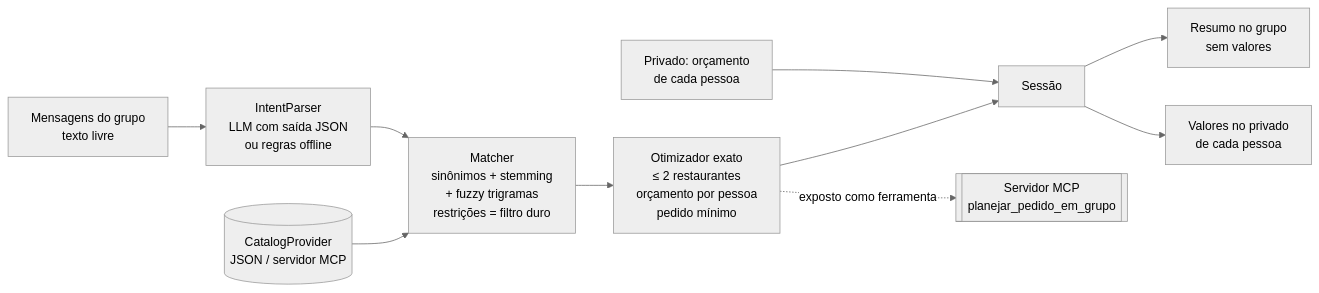
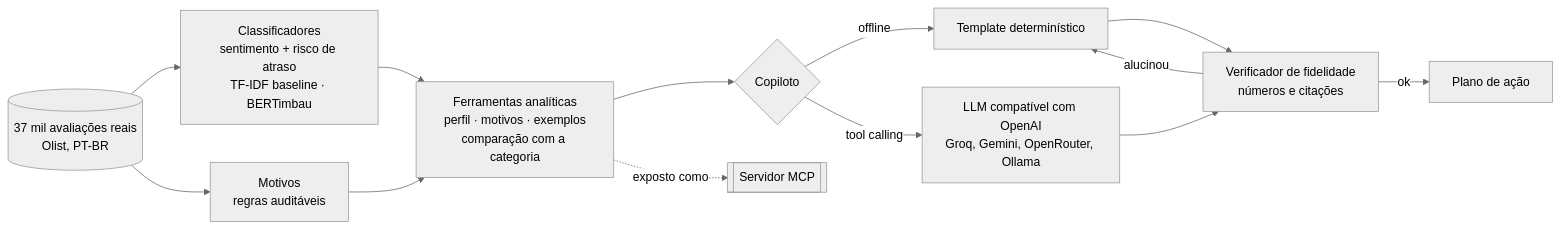
Before and after one commit to anapbatista/copiloto-parceiro: the diagram in README.md, drawn with Mermaid (neutral theme). The commit also changed other lines of this file and 2 other files, not shown here.

First line of the commit message:
Copiloto do Parceiro: README e configuração do projeto

````diff
--- a/README.md
+++ b/README.md
@@ -59,12 +41,15 @@
 ```mermaid
 flowchart LR
-    G[Mensagens do grupo<br/>texto livre] --> P[IntentParser<br/>LLM com saída JSON<br/>ou regras offline]
-    D[Privado: orçamento<br/>de cada pessoa] --> S
-    P --> M[Matcher<br/>sinônimos + stemming<br/>+ fuzzy trigramas<br/>restrições = filtro duro]
-    C[(CatalogProvider<br/>JSON / servidor MCP)] --> M
-    M --> O[Otimizador exato<br/>≤ 2 restaurantes<br/>orçamento por pessoa<br/>pedido mínimo]
-    O --> S[Sessão]
-    S --> GM[Resumo no grupo<br/>sem valores]
-    S --> PM[Valores no privado<br/>de cada pessoa]
-    O -. exposto como ferramenta .-> MCP[[Servidor MCP<br/>planejar_pedido_em_grupo]]
+    D[(37 mil avaliações reais<br/>Olist, PT-BR)] --> M[Classificadores<br/>sentimento + risco de atraso<br/>TF-IDF baseline · BERTimbau]
+    D --> R[Motivos<br/>regras auditáveis]
+    M --> T[Ferramentas analíticas<br/>perfil · motivos · exemplos<br/>comparação com a categoria]
+    R --> T
+    T --> A{Copiloto}
+    A -->|offline| DT[Template determinístico]
+    A -->|tool calling| L[LLM compatível com OpenAI<br/>Groq, Gemini, OpenRouter, Ollama]
+    DT --> F[Verificador de fidelidade<br/>números e citações]
+    L --> F
+    F -->|ok| OUT[Plano de ação]
+    F -->|alucinou| DT
+    T -. exposto como .-> MCP[[Servidor MCP]]
 ```
````
